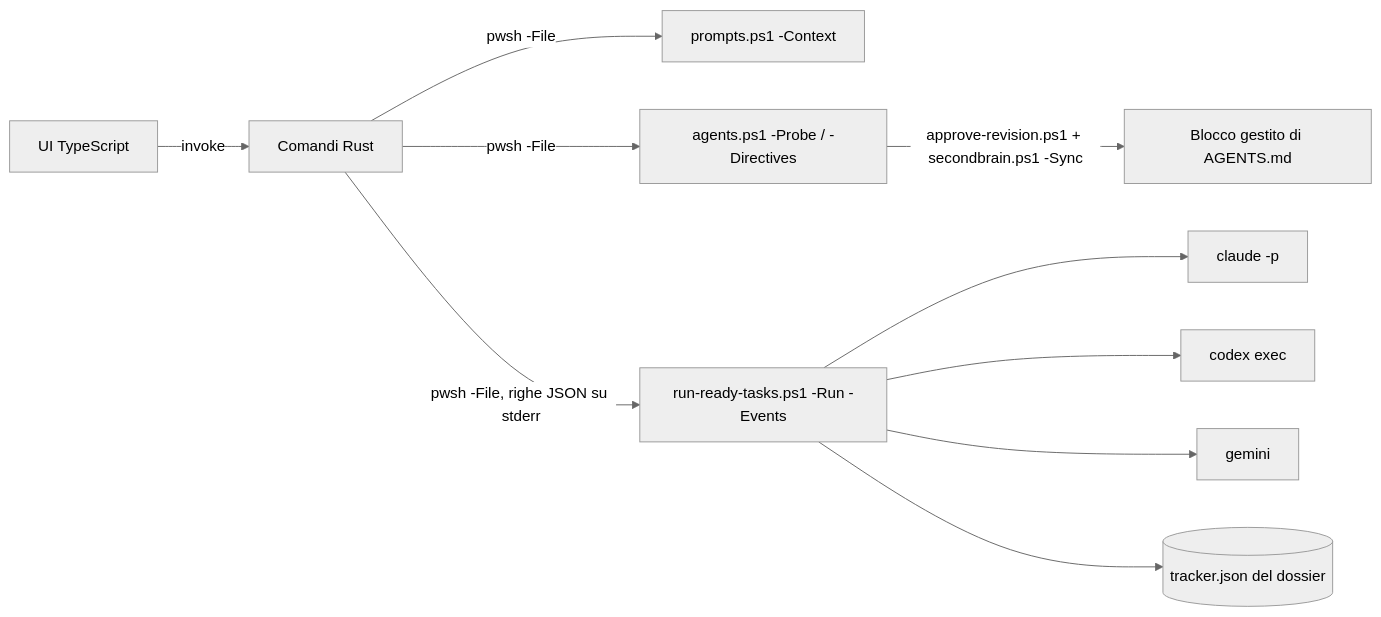
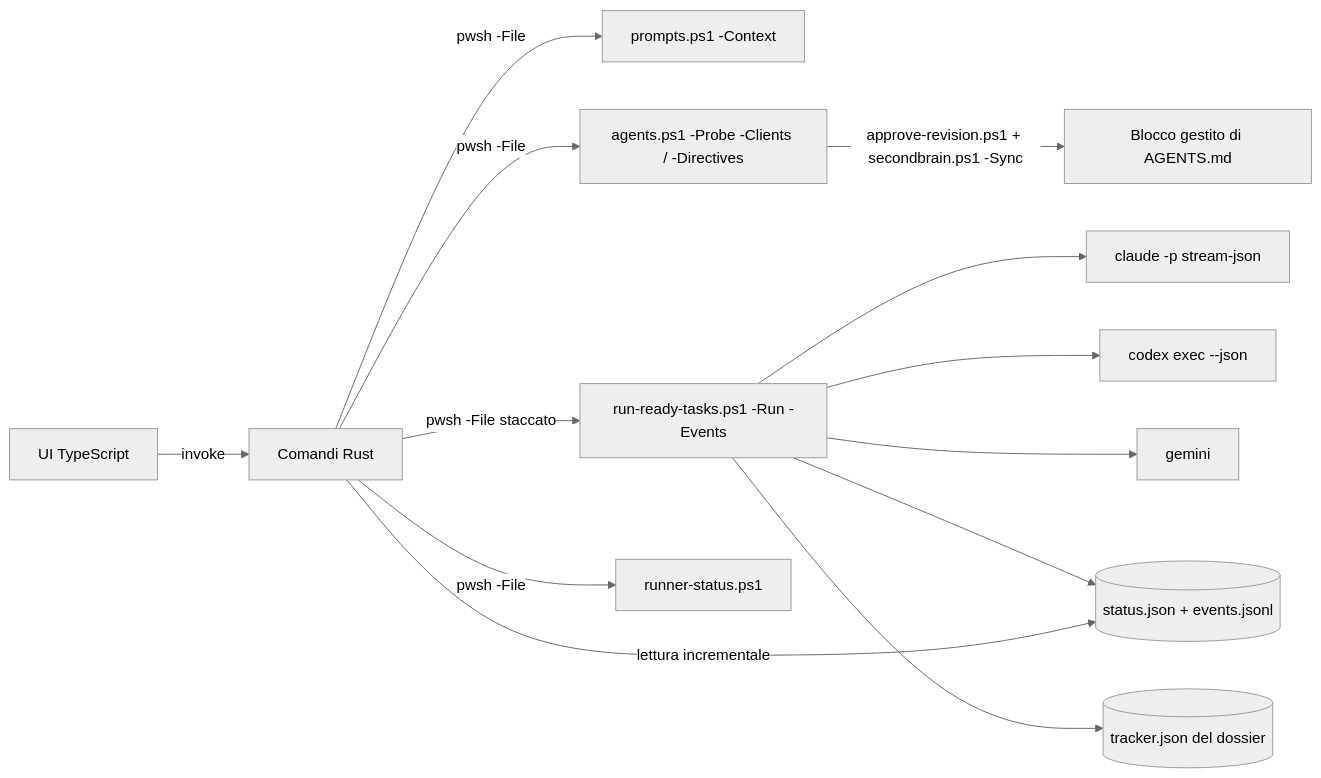
The diagram in docs/orchestratore.it.md (dennidalpos/secondbrain), drawn with Mermaid (neutral theme) before and after one commit. The commit also changed other lines of this file and 56 other files, not shown here.

````diff
--- a/docs/orchestratore.it.md
+++ b/docs/orchestratore.it.md
@@ -7,12 +7,15 @@
 ```mermaid
 flowchart LR
   UI[UI TypeScript] -->|invoke| RS[Comandi Rust]
   RS -->|pwsh -File| P[prompts.ps1 -Context]
-  RS -->|pwsh -File| A[agents.ps1 -Probe / -Directives]
-  RS -->|pwsh -File, righe JSON su stderr| R[run-ready-tasks.ps1 -Run -Events]
-  R --> C[claude -p]
-  R --> X[codex exec]
+  RS -->|pwsh -File| A[agents.ps1 -Probe -Clients / -Directives]
+  RS -->|pwsh -File staccato| R[run-ready-tasks.ps1 -Run -Events]
+  RS -->|pwsh -File| S[runner-status.ps1]
+  R --> C[claude -p stream-json]
+  R --> X[codex exec --json]
   R --> G[gemini]
+  R --> F[(status.json + events.jsonl)]
+  RS -->|lettura incrementale| F
   R --> T[(tracker.json del dossier)]
   A -->|approve-revision.ps1 + secondbrain.ps1 -Sync| D[Blocco gestito di AGENTS.md]
 ```
````
